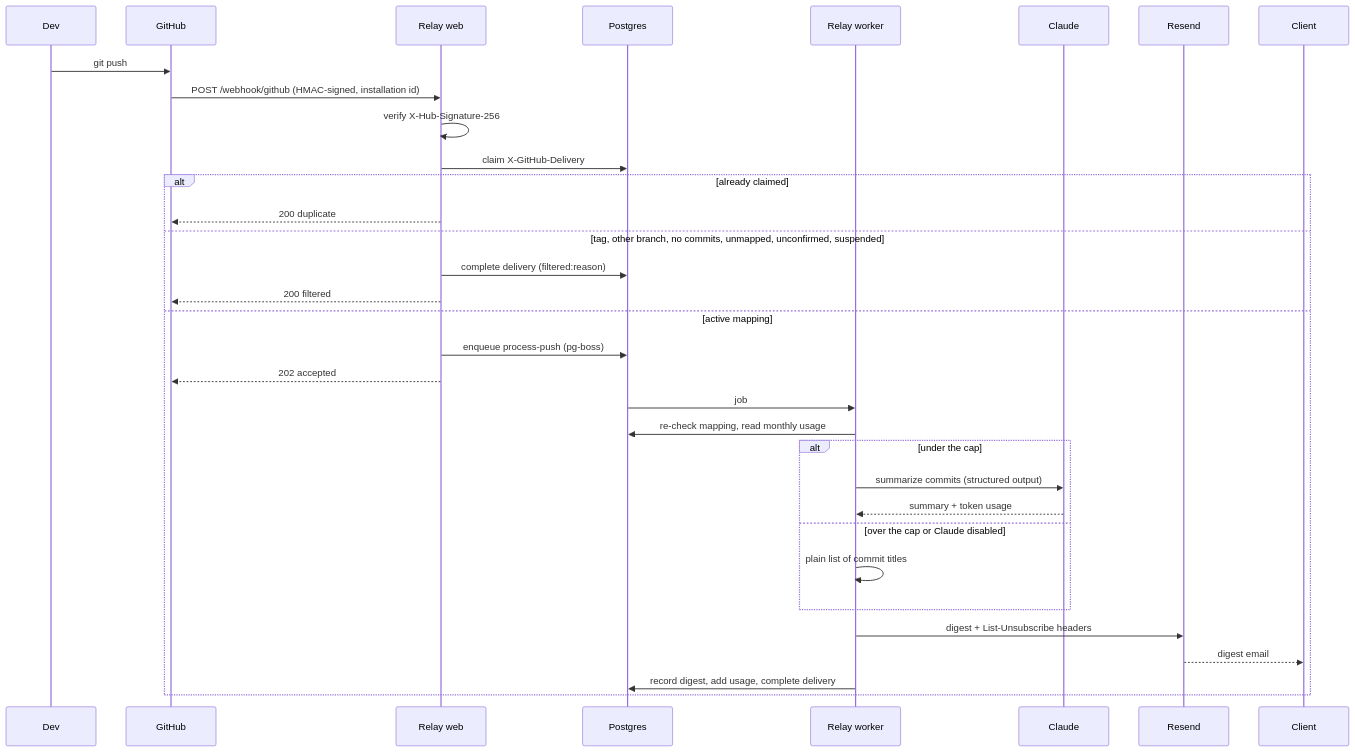
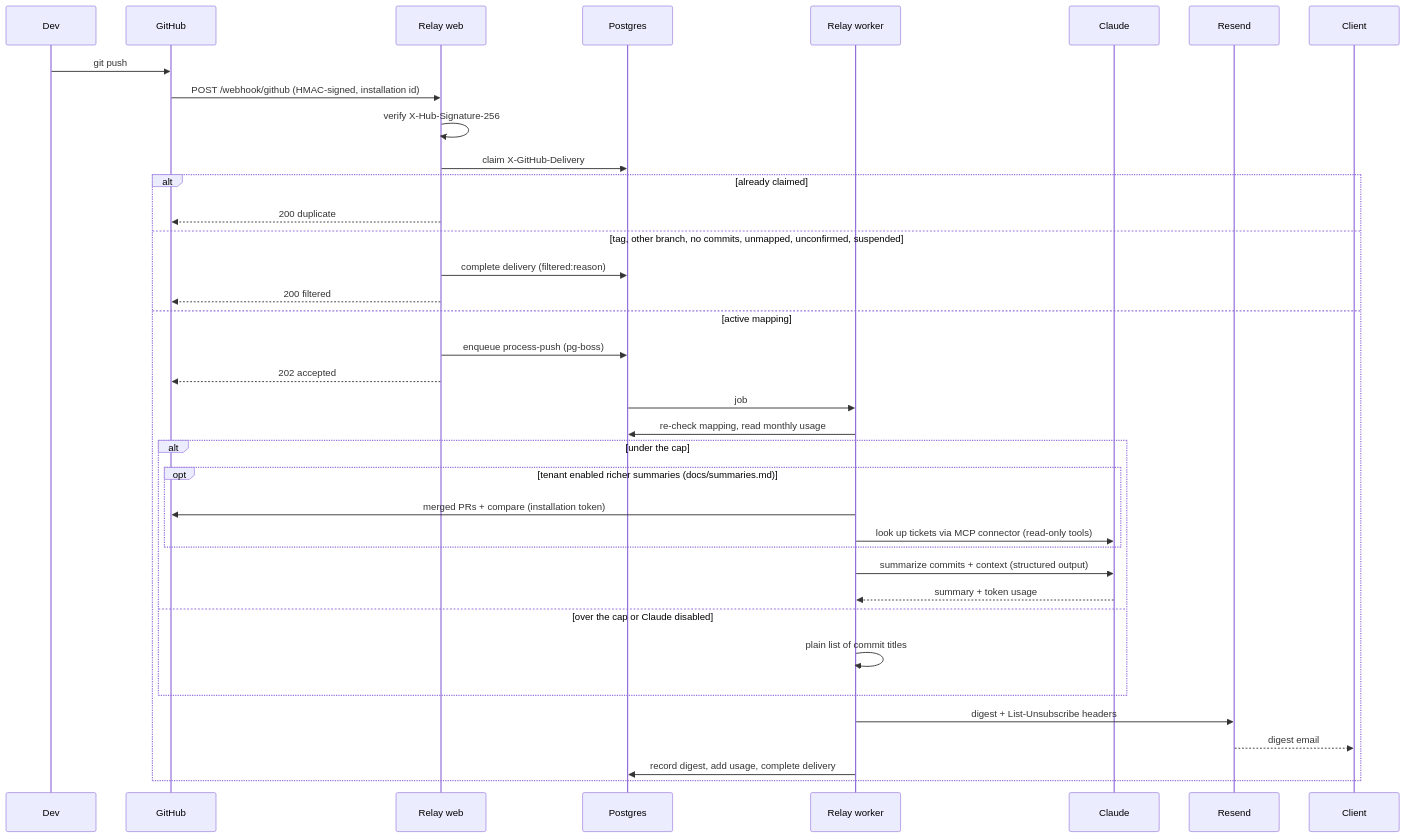
One commit to vishnumuthyalu/relay-extension changed the diagram in docs/sequence.md. Above: the diagram before and after it, drawn with Mermaid. The commit also changed 3 other files, not shown here.

Commit message:
docs: explain richer summaries and their guardrails

````diff
--- a/docs/sequence.md
+++ b/docs/sequence.md
@@ -6,36 +6,40 @@
 ```mermaid
 sequenceDiagram
     participant Dev
     participant GitHub
     participant Web as Relay web
     participant DB as Postgres
     participant Worker as Relay worker
     participant Claude
     participant Resend
     participant Client
 
     Dev->>GitHub: git push
     GitHub->>Web: POST /webhook/github (HMAC-signed, installation id)
     Web->>Web: verify X-Hub-Signature-256
     Web->>DB: claim X-GitHub-Delivery
     alt already claimed
         Web-->>GitHub: 200 duplicate
     else tag, other branch, no commits, unmapped, unconfirmed, suspended
         Web->>DB: complete delivery (filtered:reason)
         Web-->>GitHub: 200 filtered
     else active mapping
         Web->>DB: enqueue process-push (pg-boss)
         Web-->>GitHub: 202 accepted
         DB->>Worker: job
         Worker->>DB: re-check mapping, read monthly usage
         alt under the cap
-            Worker->>Claude: summarize commits (structured output)
-            Claude-->>Worker: summary + token usage
+        opt tenant enabled richer summaries (docs/summaries.md)
+        Worker->>GitHub: merged PRs + compare (installation token)
+        Worker->>Claude: look up tickets via MCP connector (read-only tools)
+        end
+        Worker->>Claude: summarize commits + context (structured output)
+        Claude-->>Worker: summary + token usage
         else over the cap or Claude disabled
             Worker->>Worker: plain list of commit titles
         end
         Worker->>Resend: digest + List-Unsubscribe headers
         Resend-->>Client: digest email
         Worker->>DB: record digest, add usage, complete delivery
     end
 ```
````
